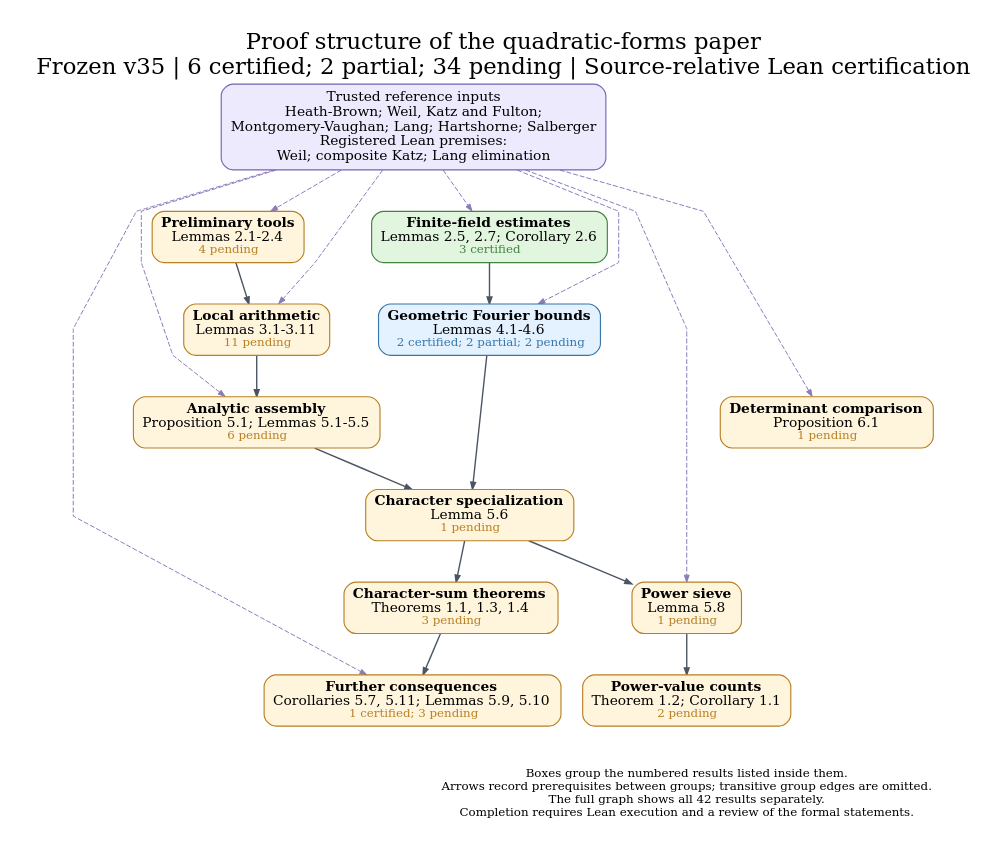
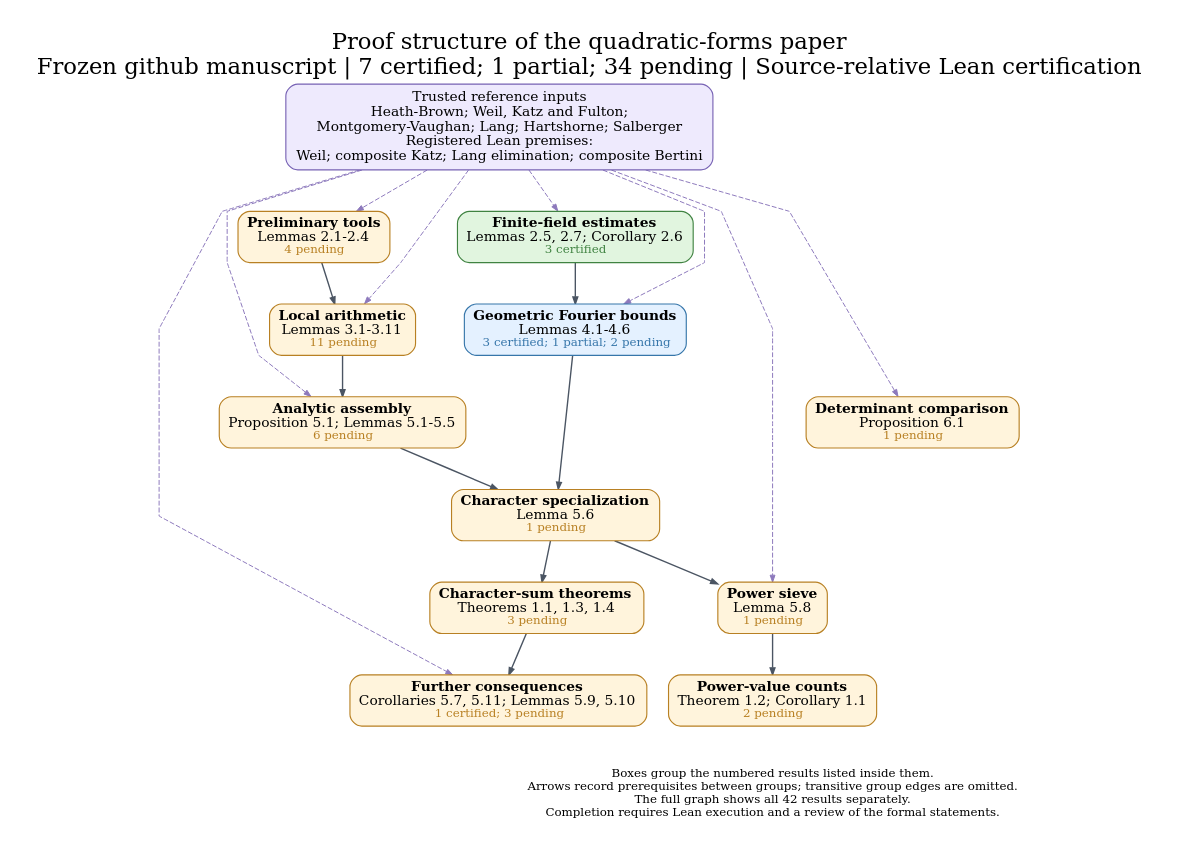
One commit to nicolasrobles/quaternary-quadratic-forms changed the diagram in docs/dependency_overview.dot. Above: the diagram before and after it, drawn with Graphviz. The commit also changed 43 other files, not shown here.

```diff
--- a/docs/dependency_overview.dot
+++ b/docs/dependency_overview.dot
@@ -1,43 +1,43 @@
 digraph Overview {
 graph [rankdir=TB, newrank=true, compound=true, outputorder=edgesfirst,
   bgcolor="white", fontname="DejaVu Serif", fontsize=23, labelloc=t,
-  label="Proof structure of the quadratic-forms paper\nFrozen v35 | 6 certified; 2 partial; 34 pending | Source-relative Lean certification",
+  label="Proof structure of the quadratic-forms paper\nFrozen github manuscript | 7 certified; 1 partial; 34 pending | Source-relative Lean certification",
   nodesep=0.30, ranksep=0.58, pad=0.28, splines=polyline];
 node [shape=box, style="rounded,filled", fillcolor="#fff4dc", color="#b88023",
   fontname="DejaVu Serif", fontsize=14, penwidth=1.15, margin="0.12,0.09"];
 edge [color="#4b5563", arrowsize=0.70, penwidth=1.05];
-sources [label="Trusted reference inputs\nHeath-Brown; Weil, Katz and Fulton;\nMontgomery-Vaughan; Lang; Hartshorne; Salberger\nRegistered Lean premises:\nWeil; composite Katz; Lang elimination", fillcolor="#eeeafd", color="#7762b4", fontsize=14];
+sources [label="Trusted reference inputs\nHeath-Brown; Weil, Katz and Fulton;\nMontgomery-Vaughan; Lang; Hartshorne; Salberger\nRegistered Lean premises:\nWeil; composite Katz; Lang elimination; composite Bertini", fillcolor="#eeeafd", color="#7762b4", fontsize=14];
 "prelim" [label=<<B>Preliminary tools</B><BR/>Lemmas 2.1-2.4<BR/><FONT POINT-SIZE="12" COLOR="#b88023">4 pending</FONT>>, fillcolor="#fff4dc", color="#b88023", URL="https://github.com/nicolasrobles/quaternary-quadratic-forms/blob/main/INVENTORY.md", target="_blank"];
 "finite" [label=<<B>Finite-field estimates</B><BR/>Lemmas 2.5, 2.7; Corollary 2.6<BR/><FONT POINT-SIZE="12" COLOR="#408342">3 certified</FONT>>, fillcolor="#e1f5df", color="#408342", URL="https://github.com/nicolasrobles/quaternary-quadratic-forms/blob/main/INVENTORY.md", target="_blank"];
 "local" [label=<<B>Local arithmetic</B><BR/>Lemmas 3.1-3.11<BR/><FONT POINT-SIZE="12" COLOR="#b88023">11 pending</FONT>>, fillcolor="#fff4dc", color="#b88023", URL="https://github.com/nicolasrobles/quaternary-quadratic-forms/blob/main/INVENTORY.md", target="_blank"];
-"fourier" [label=<<B>Geometric Fourier bounds</B><BR/>Lemmas 4.1-4.6<BR/><FONT POINT-SIZE="12" COLOR="#3676aa">2 certified; 2 partial; 2 pending</FONT>>, fillcolor="#e4f1ff", color="#3676aa", URL="https://github.com/nicolasrobles/quaternary-quadratic-forms/blob/main/INVENTORY.md", target="_blank"];
+"fourier" [label=<<B>Geometric Fourier bounds</B><BR/>Lemmas 4.1-4.6<BR/><FONT POINT-SIZE="12" COLOR="#3676aa">3 certified; 1 partial; 2 pending</FONT>>, fillcolor="#e4f1ff", color="#3676aa", URL="https://github.com/nicolasrobles/quaternary-quadratic-forms/blob/main/INVENTORY.md", target="_blank"];
 "analytic" [label=<<B>Analytic assembly</B><BR/>Proposition 5.1; Lemmas 5.1-5.5<BR/><FONT POINT-SIZE="12" COLOR="#b88023">6 pending</FONT>>, fillcolor="#fff4dc", color="#b88023", URL="https://github.com/nicolasrobles/quaternary-quadratic-forms/blob/main/INVENTORY.md", target="_blank"];
 "characters" [label=<<B>Character specialization</B><BR/>Lemma 5.6<BR/><FONT POINT-SIZE="12" COLOR="#b88023">1 pending</FONT>>, fillcolor="#fff4dc", color="#b88023", URL="https://github.com/nicolasrobles/quaternary-quadratic-forms/blob/main/INVENTORY.md", target="_blank"];
 "sieve" [label=<<B>Power sieve</B><BR/>Lemma 5.8<BR/><FONT POINT-SIZE="12" COLOR="#b88023">1 pending</FONT>>, fillcolor="#fff4dc", color="#b88023", URL="https://github.com/nicolasrobles/quaternary-quadratic-forms/blob/main/INVENTORY.md", target="_blank"];
 "consequences" [label=<<B>Further consequences</B><BR/>Corollaries 5.7, 5.11; Lemmas 5.9, 5.10<BR/><FONT POINT-SIZE="12" COLOR="#b88023">1 certified; 3 pending</FONT>>, fillcolor="#fff4dc", color="#b88023", URL="https://github.com/nicolasrobles/quaternary-quadratic-forms/blob/main/INVENTORY.md", target="_blank"];
 "maincharacters" [label=<<B>Character-sum theorems</B><BR/>Theorems 1.1, 1.3, 1.4<BR/><FONT POINT-SIZE="12" COLOR="#b88023">3 pending</FONT>>, fillcolor="#fff4dc", color="#b88023", URL="https://github.com/nicolasrobles/quaternary-quadratic-forms/blob/main/INVENTORY.md", target="_blank"];
 "mainpowers" [label=<<B>Power-value counts</B><BR/>Theorem 1.2; Corollary 1.1<BR/><FONT POINT-SIZE="12" COLOR="#b88023">2 pending</FONT>>, fillcolor="#fff4dc", color="#b88023", URL="https://github.com/nicolasrobles/quaternary-quadratic-forms/blob/main/INVENTORY.md", target="_blank"];
 "fixed" [label=<<B>Determinant comparison</B><BR/>Proposition 6.1<BR/><FONT POINT-SIZE="12" COLOR="#b88023">1 pending</FONT>>, fillcolor="#fff4dc", color="#b88023", URL="https://github.com/nicolasrobles/quaternary-quadratic-forms/blob/main/INVENTORY.md", target="_blank"];
 "analytic" -> "characters" [penwidth=1.4];
 "characters" -> "maincharacters" [penwidth=1.4];
 "characters" -> "sieve" [penwidth=1.4];
 "finite" -> "fourier" [penwidth=1.4];
 "fourier" -> "characters" [penwidth=1.4];
 "local" -> "analytic" [penwidth=1.4];
 "maincharacters" -> "consequences" [penwidth=1.4];
 "prelim" -> "local" [penwidth=1.4];
 "sieve" -> "mainpowers" [penwidth=1.4];
 sources -> "analytic" [style=dashed, color="#8d79bc", penwidth=1.0];
 sources -> "consequences" [style=dashed, color="#8d79bc", penwidth=1.0];
 sources -> "finite" [style=dashed, color="#8d79bc", penwidth=1.0];
 sources -> "fixed" [style=dashed, color="#8d79bc", penwidth=1.0];
 sources -> "fourier" [style=dashed, color="#8d79bc", penwidth=1.0];
 sources -> "local" [style=dashed, color="#8d79bc", penwidth=1.0];
 sources -> "prelim" [style=dashed, color="#8d79bc", penwidth=1.0];
 sources -> "sieve" [style=dashed, color="#8d79bc", penwidth=1.0];
 legend [shape=plain, style="", label="Boxes group the numbered results listed inside them.\nArrows record prerequisites between groups; transitive group edges are omitted.\nThe full graph shows all 42 results separately.\nCompletion requires Lean execution and a review of the formal statements.", fontsize=12];
 {rank=sink; legend;}
 "consequences" -> legend [style=invis];
 "fixed" -> legend [style=invis];
 "mainpowers" -> legend [style=invis];
 }
```
